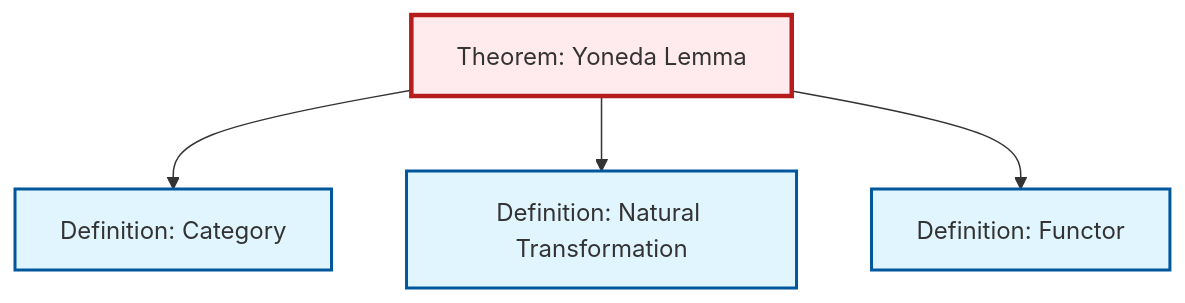
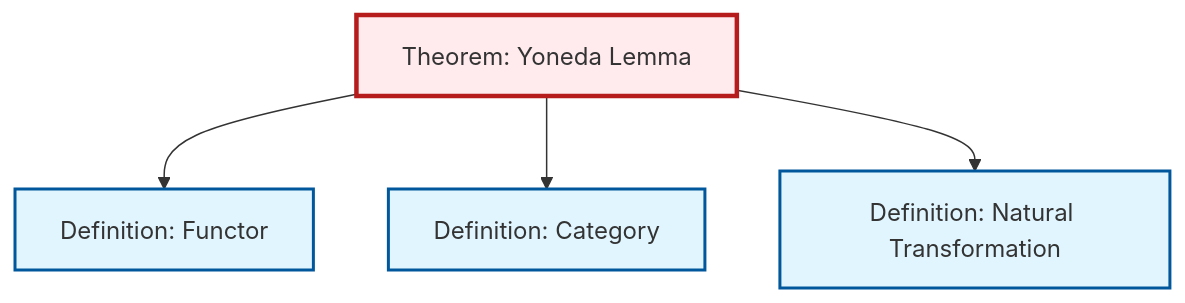
Before and after one commit to RK0429/ModernMath: the diagram in content/en/category-theory/thm-yoneda.qmd, drawn with Mermaid. The commit also changed other lines of this file and 597 other files, not shown here.

````diff
--- a/content/en/category-theory/thm-yoneda.qmd
+++ b/content/en/category-theory/thm-yoneda.qmd
@@ -88,20 +88,20 @@
 ```{mermaid}
 %%| fig-cap: "Local dependency graph"
 graph TD
     classDef definition fill:#e1f5fe,stroke:#01579b,stroke-width:2px
     classDef theorem fill:#f3e5f5,stroke:#4a148c,stroke-width:2px
     classDef axiom fill:#fff3e0,stroke:#e65100,stroke-width:2px
     classDef example fill:#e8f5e9,stroke:#1b5e20,stroke-width:2px
     classDef current fill:#ffebee,stroke:#b71c1c,stroke-width:3px
     def-functor["Definition: Functor"]:::definition
-    def-category["Definition: Category"]:::definition
     def-natural-transformation["Definition: Natural Transformation"]:::definition
     thm-yoneda["Theorem: Yoneda Lemma"]:::theorem
+    def-category["Definition: Category"]:::definition
+    thm-yoneda --> def-functor
     thm-yoneda --> def-category
     thm-yoneda --> def-natural-transformation
-    thm-yoneda --> def-functor
     class thm-yoneda current
     click def-functor "def-functor.html" "Go to Functor definition"
+    click def-natural-transformation "def-natural-transformation.html" "Go to Natural Transformation definition"
     click def-category "def-category.html" "Go to Category definition"
-    click def-natural-transformation "def-natural-transformation.html" "Go to Natural Transformation definition"
 ```
````
